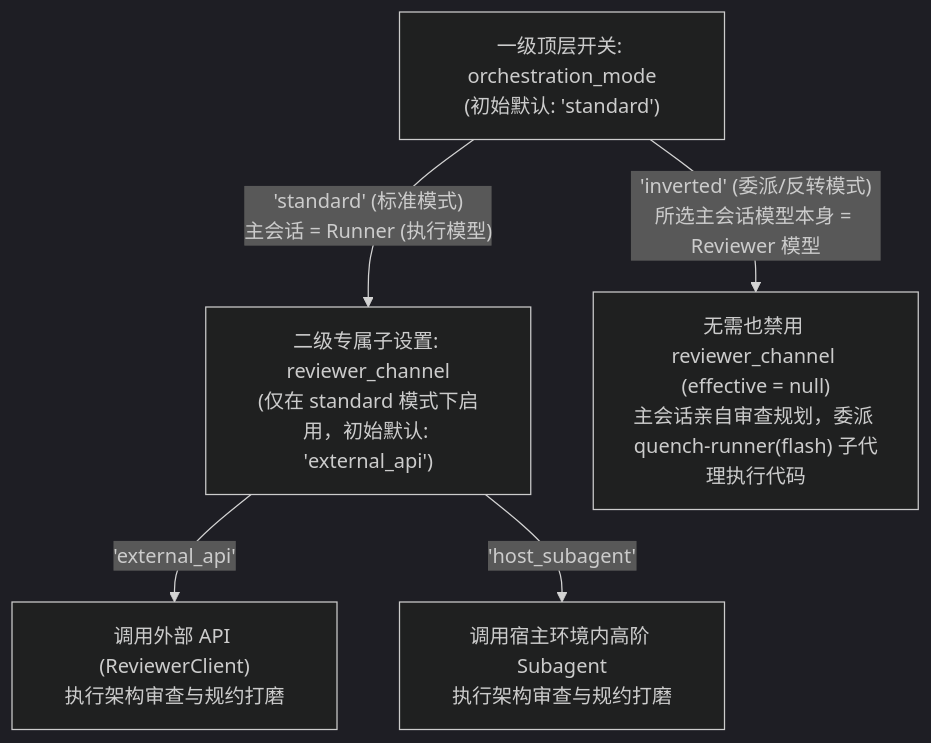
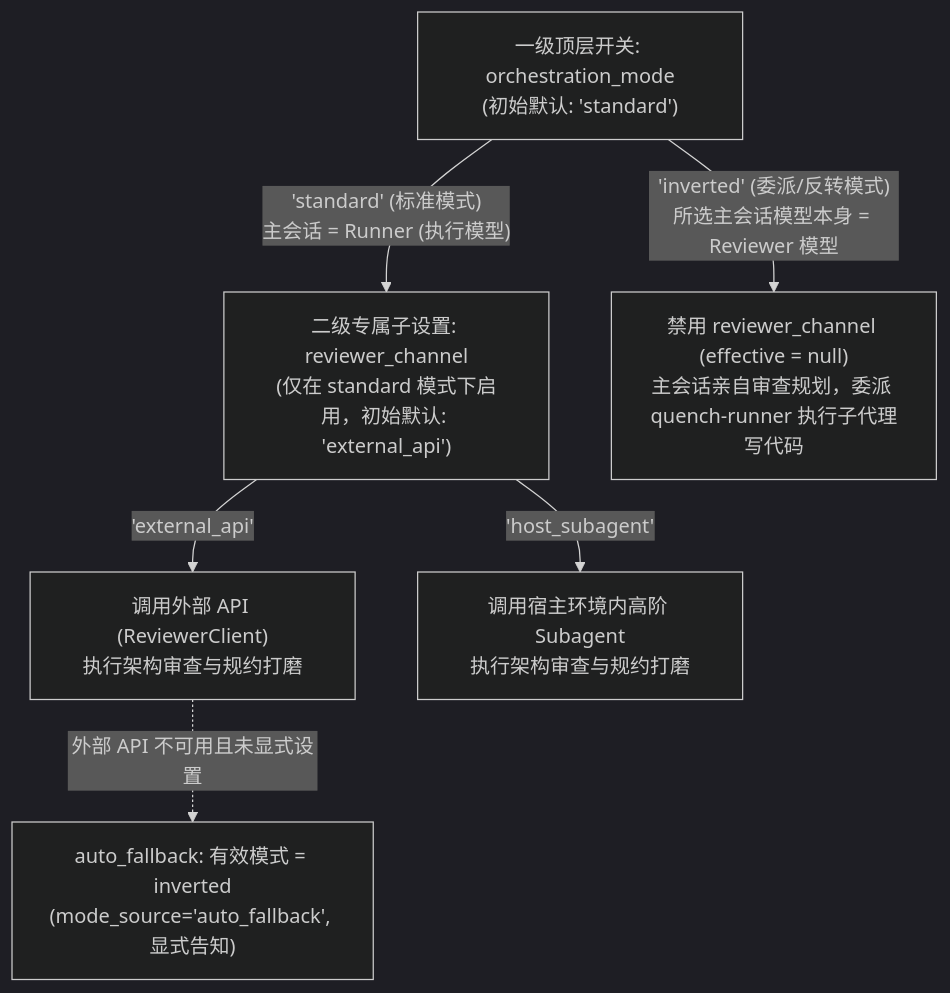
Before and after one commit to Qquench/Quorch: the first of 3 diagrams in docs/roadmap/v1.25_dual_mode_orchestration_and_autopilot_harness_roadmap.md, drawn with Mermaid (dark theme). The commit also changed other lines of this file and 1 other file, not shown here.

Commit message:
docs(roadmap): finalize v1.25 roadmap rev.2 with trust model and unified attestation

````diff
--- a/docs/roadmap/v1.25_dual_mode_orchestration_and_autopilot_harness_roadmap.md
+++ b/docs/roadmap/v1.25_dual_mode_orchestration_and_autopilot_harness_roadmap.md
@@ -39,10 +51,11 @@
 ```mermaid
 flowchart TD
     Root["一级顶层开关: orchestration_mode<br/>(初始默认: 'standard')"]
     
     Root -->|"'standard' (标准模式)<br/>主会话 = Runner (执行模型)"| Sub["二级专属子设置: reviewer_channel<br/>(仅在 standard 模式下启用，初始默认: 'external_api')"]
-    Root -->|"'inverted' (委派/反转模式)<br/>所选主会话模型本身 = Reviewer 模型"| Inv["无需也禁用 reviewer_channel (effective = null)<br/>主会话亲自审查规划，委派 quench-runner(flash) 子代理执行代码"]
+    Root -->|"'inverted' (委派/反转模式)<br/>所选主会话模型本身 = Reviewer 模型"| Inv["禁用 reviewer_channel (effective = null)<br/>主会话亲自审查规划，委派 quench-runner 执行子代理写代码"]
     
     Sub -->|"'external_api'"| Ext["调用外部 API (ReviewerClient)<br/>执行架构审查与规约打磨"]
     Sub -->|"'host_subagent'"| HostSub["调用宿主环境内高阶 Subagent<br/>执行架构审查与规约打磨"]
+    Ext -.->|"外部 API 不可用且未显式设置"| Fallback["auto_fallback: 有效模式 = inverted<br/>(mode_source='auto_fallback', 显式告知)"]
 ```
````
